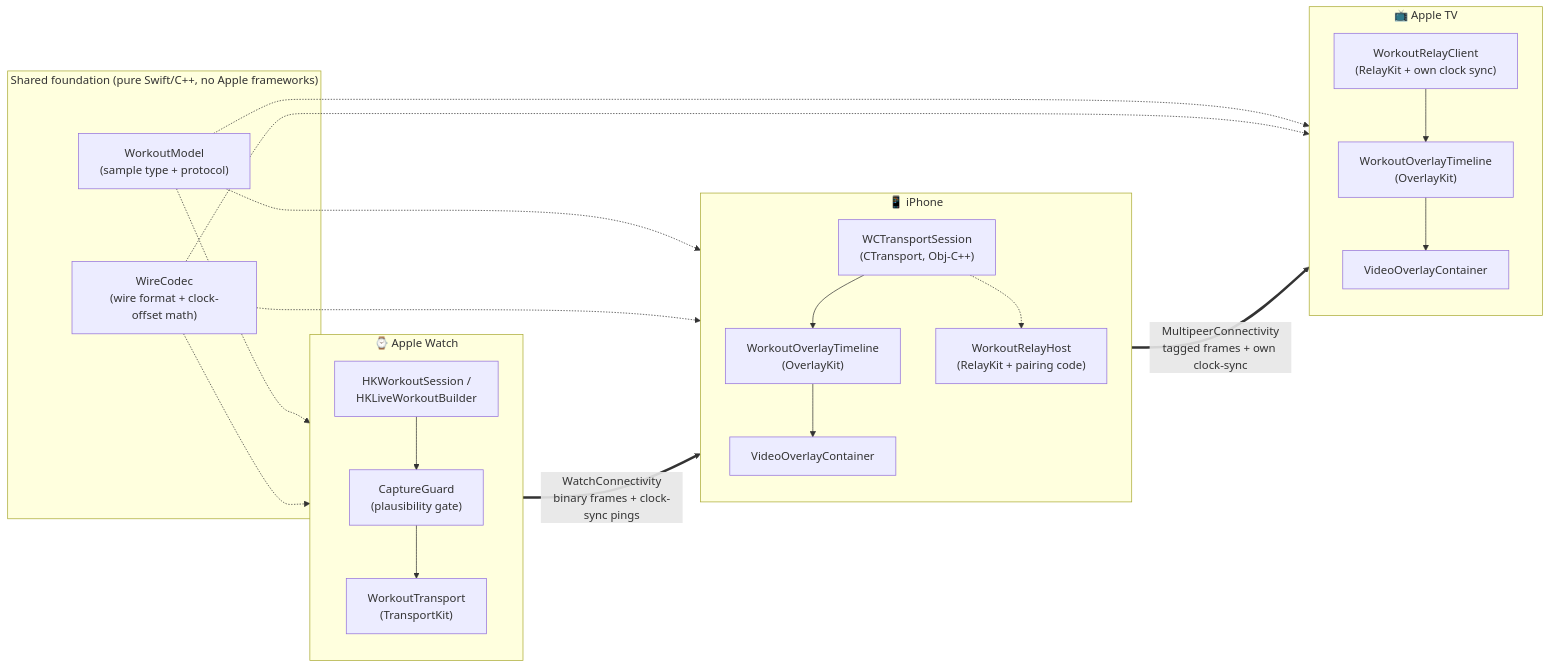
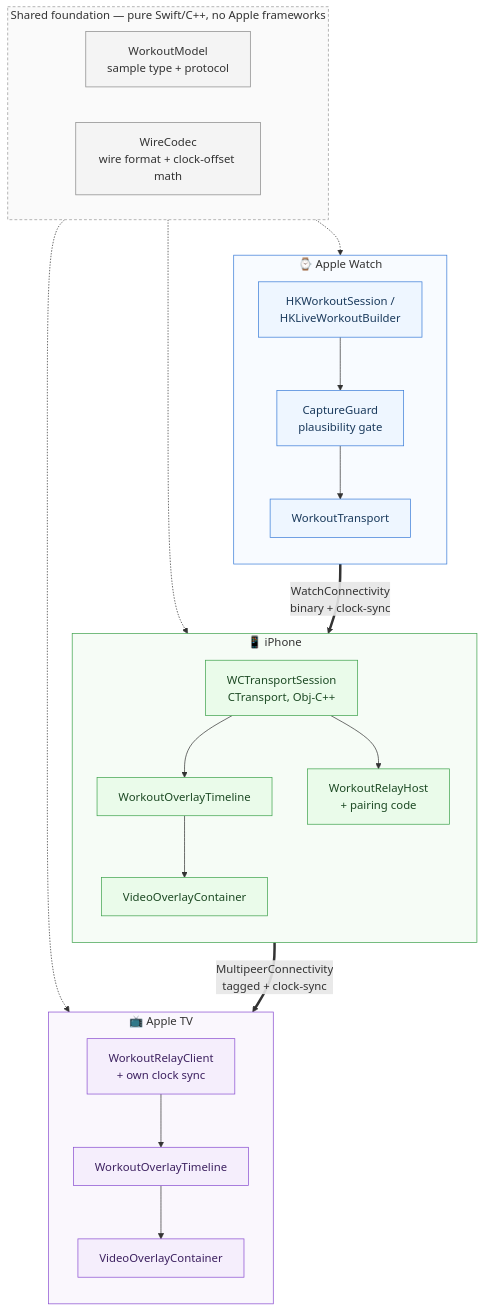
The diagram in README.md (sarac02/WorkoutSync), drawn with Mermaid before and after one commit.

Commit message:
Redesign architecture diagram: top-down layout with color-coded sections
Previous version's auto-layout placed the shared foundation awkwardly
off to one side. Restructured as top-down (foundation -> Watch -> iPhone
-> Apple TV), color-coded per device, with thicker labeled arrows for
the two network hops. Rendered and visually inspected before pushing.

````diff
--- a/README.md
+++ b/README.md
@@ -16,43 +16,54 @@
 ```mermaid
-flowchart LR
+flowchart TB
+    subgraph Shared["Shared foundation — pure Swift/C++, no Apple frameworks"]
+        direction LR
+        WM["WorkoutModel<br/>sample type + protocol"]
+        WC["WireCodec<br/>wire format + clock-offset math"]
+    end
+
     subgraph Watch["⌚ Apple Watch"]
         direction TB
-        HK["HKWorkoutSession /\nHKLiveWorkoutBuilder"]
-        CG["CaptureGuard\n(plausibility gate)"]
-        WT["WorkoutTransport\n(TransportKit)"]
+        HK["HKWorkoutSession /<br/>HKLiveWorkoutBuilder"]
+        CG["CaptureGuard<br/>plausibility gate"]
+        WT["WorkoutTransport"]
         HK --> CG --> WT
     end
 
     subgraph Phone["📱 iPhone"]
         direction TB
-        WCT["WCTransportSession\n(CTransport, Obj-C++)"]
-        OTP["WorkoutOverlayTimeline\n(OverlayKit)"]
+        WCT["WCTransportSession<br/>CTransport, Obj-C++"]
+        OTP["WorkoutOverlayTimeline"]
         VOCP["VideoOverlayContainer"]
-        RH["WorkoutRelayHost\n(RelayKit + pairing code)"]
+        RH["WorkoutRelayHost<br/>+ pairing code"]
         WCT --> OTP --> VOCP
-        WCT -.-> RH
+        WCT --> RH
     end
 
     subgraph TV["📺 Apple TV"]
         direction TB
-        RC["WorkoutRelayClient\n(RelayKit + own clock sync)"]
-        OTT["WorkoutOverlayTimeline\n(OverlayKit)"]
+        RC["WorkoutRelayClient<br/>+ own clock sync"]
+        OTT["WorkoutOverlayTimeline"]
         VOCT["VideoOverlayContainer"]
         RC --> OTT --> VOCT
     end
 
-    WT == "WatchConnectivity\nbinary frames + clock-sync pings" ==> WCT
-    RH == "MultipeerConnectivity\ntagged frames + own clock-sync" ==> RC
+    WT ==>|"WatchConnectivity<br/>binary + clock-sync"| WCT
+    RH ==>|"MultipeerConnectivity<br/>tagged + clock-sync"| RC
 
-    subgraph Shared["Shared foundation (pure Swift/C++, no Apple frameworks)"]
-        WM["WorkoutModel\n(sample type + protocol)"]
-        WC["WireCodec\n(wire format + clock-offset math)"]
-    end
+    Shared -.-> Watch
+    Shared -.-> Phone
+    Shared -.-> TV
 
-    WM -.-> HK
-    WM -.-> WCT
-    WM -.-> RC
-    WC -.-> WT
-    WC -.-> WCT
-    WC -.-> RC
+    classDef watch fill:#eef6ff,stroke:#3b7dd8,color:#1a3a5c
+    classDef phone fill:#eafbea,stroke:#3fa34d,color:#1d4a24
+    classDef tv fill:#f5eefc,stroke:#8a4fd1,color:#3d2160
+    classDef shared fill:#f4f4f4,stroke:#888,color:#333
+    class HK,CG,WT watch
+    class WCT,OTP,VOCP,RH phone
+    class RC,OTT,VOCT tv
+    class WM,WC shared
+    style Watch fill:#f8fbff,stroke:#3b7dd8,stroke-width:1px
+    style Phone fill:#f6fcf6,stroke:#3fa34d,stroke-width:1px
+    style TV fill:#faf7fd,stroke:#8a4fd1,stroke-width:1px
+    style Shared fill:#fafafa,stroke:#999,stroke-width:1px,stroke-dasharray: 4 3
 ```
````
